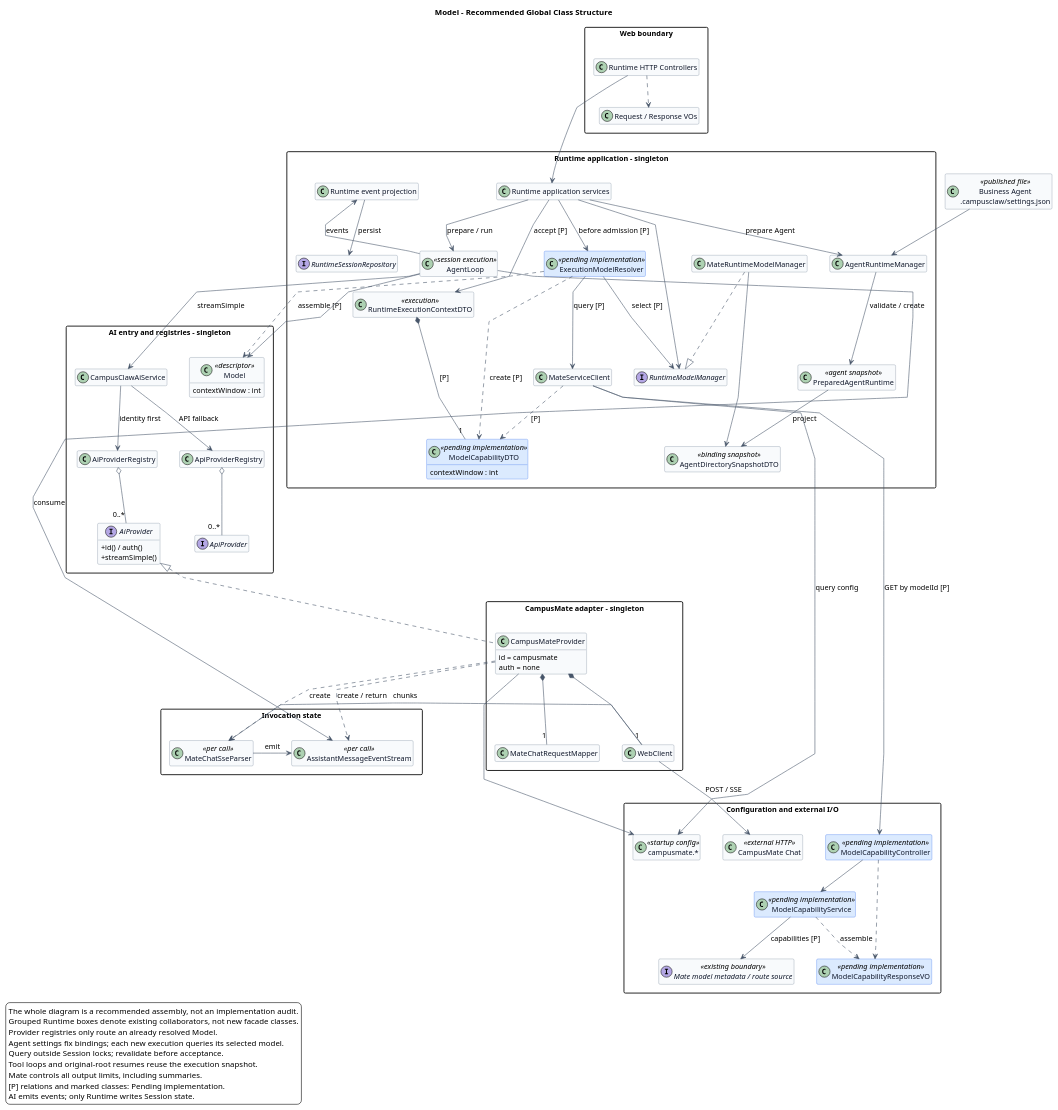
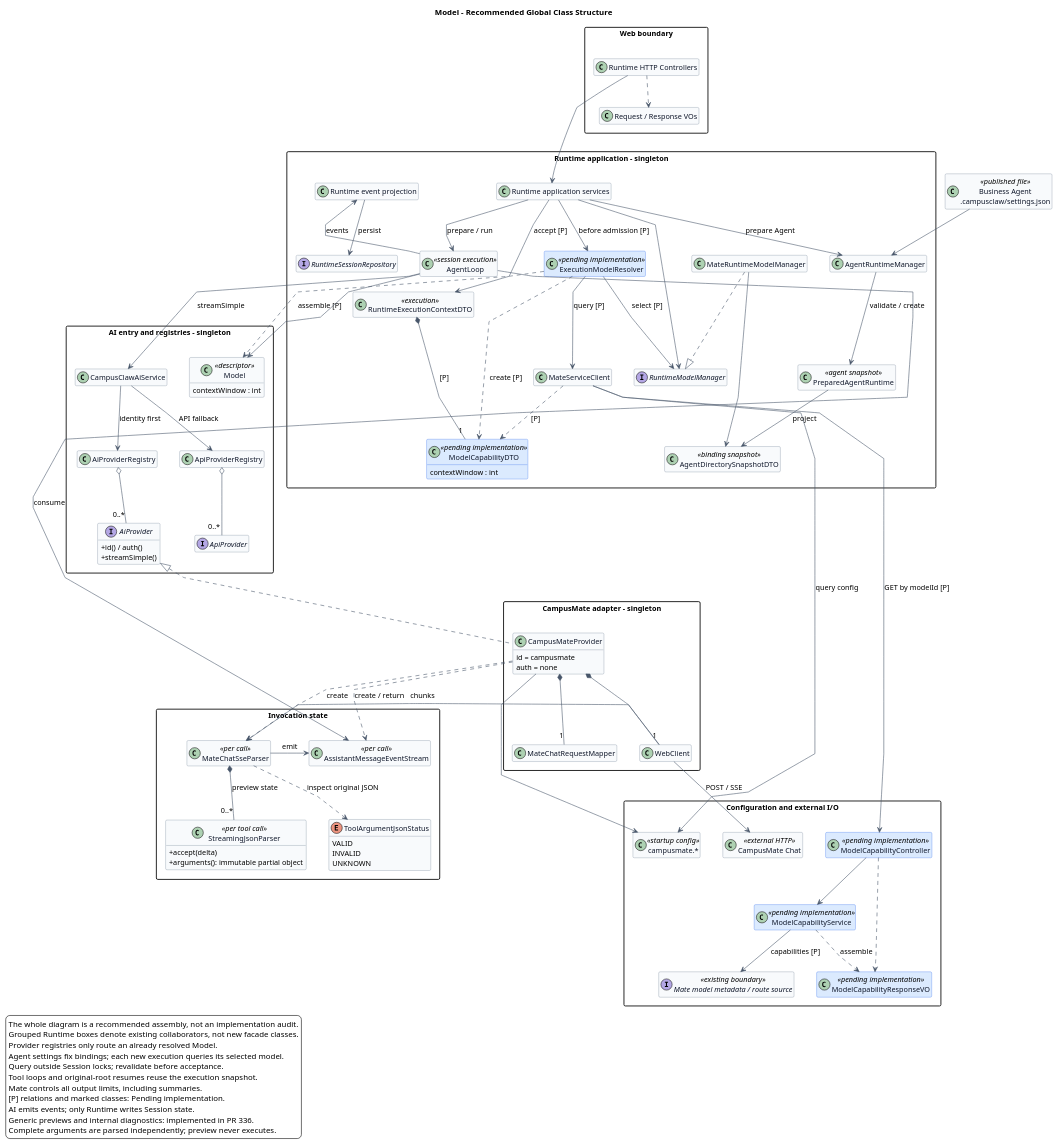
One commit to ssm0808/pi-mono-java-design changed the first of 3 diagrams in 02-服务与接口/03-Model/diagram.puml. Above: the diagram before and after it, drawn with PlantUML. The commit also changed 22 other files, not shown here.

```diff
--- a/02-服务与接口/03-Model/diagram.puml
+++ b/02-服务与接口/03-Model/diagram.puml
@@ -1,166 +1,185 @@
 @startuml model-classes
 ' Baseline: pi-mono 16235fd93521f9f96164f5891beea62e6bea5b18
 ' Source evidence: packages/ai/src/models.ts: ModelsImpl, createProvider
 ' Source evidence: packages/coding-agent/src/core/model-runtime.ts: ModelRuntime.create, rebuildProviders
 ' Baseline: pi-mono-java 21c3f59be033e7bdd5506a2d9d48baa2581bc3c7
 ' Source evidence: modules/ai/src/main/java/com/campusclaw/ai/CampusClawAiService.java: streamSimple, resolveManagedProvider, resolveProvider
 ' Source evidence: modules/ai/src/main/java/com/campusclaw/ai/provider/AiProviderRegistry.java: getProvider
 ' Source evidence: modules/ai/src/main/java/com/campusclaw/ai/provider/ApiProviderRegistry.java: register, getProvider, unregister
 ' Source evidence: modules/ai/src/main/java/com/campusclaw/ai/provider/mate/CampusMateProvider.java: streamSimple, subscribe
 ' Source evidence: modules/coding-agent-cli/src/main/java/com/campusclaw/codingagent/runtime/AgentRuntimeManager.java: loadSnapshot, validSettings
 ' Source evidence: modules/coding-agent-cli/src/main/java/com/campusclaw/codingagent/runtimeapi/agent/AgentDirectorySnapshots.java: from
 ' Source evidence: modules/coding-agent-cli/src/main/java/com/campusclaw/codingagent/runtimeapi/model/MateRuntimeModelManager.java: resolveModel, listAvailableModels
 ' Source evidence: modules/coding-agent-cli/src/main/java/com/campusclaw/codingagent/runtimeapi/session/RuntimeSessionService.java: create
 ' Observed behavior: identity dispatch precedes API dispatch; Mate owns an independent WebClient path.
 ' Product constraint: Agent bindings authorize models; Mate supplies per-model token capabilities.
 ' Capability evidence: pi-mono main 36b60d2e8985899743c4cf5bd5f8929832a3f05d
 ' Source evidence: packages/coding-agent/src/core/provider-composer.ts: modelFromJson
 ' Mate baseline: 4b957a3a846659f5b7569c9d6133abc070cd2e3c
 ' Source evidence: src/main/java/com/huawei/hicampus/mate/agentdefinition/modelmanager/config/ModelManagerProperties.java: ModelRoute
 ' Pending implementation: per-execution capability query and Mate-owned output limits.
 ' Design reason: query outside locks, then revalidate bindings and Session version at admission.
 ' Architecture change: provider registries route calls but do not discover or authorize models.
 ' Pending implementation: remove ModelRegistry, external model JSON, and the alternate catalog manager.
 ' Design reason: request state stays per invocation; AI does not depend on Runtime persistence.
+
+' Preview scope: Java a1e6450427abeabaa1af04d5964f371dbbf4cf68 (PR 336); pi main f1b2e77f5b13b2a199b1052cb79c235451afe7d7.
+' Source: modules/ai/src/main/java/com/campusclaw/ai/util/StreamingJsonParser.java :: accept, arguments.
+' Source: modules/ai/src/main/java/com/campusclaw/ai/provider/mate/MateChatSseParser.java :: appendToolCall, finishTools, inspectArgumentJson.
+' Source: packages/ai/src/utils/json-parse.ts :: parseStreamingJson.
+' Java divergence: immutable partial snapshots; independent complete parsing; no repaired execution arguments.
 
 skinparam backgroundColor white
 skinparam shadowing false
 skinparam defaultFontName Arial
 skinparam defaultFontSize 13
 skinparam ArrowColor #475569
 title Model - Recommended Global Class Structure
 top to bottom direction
 skinparam classAttributeIconSize 0
 hide empty members
 skinparam packageStyle rectangle
 skinparam nodesep 40
 skinparam ranksep 55
 skinparam linetype polyline
 skinparam class {
   BackgroundColor #F8FAFC
   BorderColor #64748B
   FontColor #0F172A
   BackgroundColor<<pending implementation>> #DBEAFE
   BorderColor<<pending implementation>> #2563EB
 }
 
 class "Business Agent\n.campusclaw/settings.json" as AgentSettings <<published file>>
 package "Web boundary" as Web {
   class "Runtime HTTP Controllers" as Controllers
   class "Request / Response VOs" as VOs
 }
 package "Runtime application - singleton" as Runtime {
   class "Runtime application services" as Services
   class AgentRuntimeManager
   class MateServiceClient
   class ExecutionModelResolver <<pending implementation>>
   class RuntimeExecutionContextDTO <<execution>>
   class ModelCapabilityDTO <<pending implementation>> {
     contextWindow : int
   }
   class PreparedAgentRuntime <<agent snapshot>>
   interface RuntimeModelManager
   class MateRuntimeModelManager
   class AgentDirectorySnapshotDTO <<binding snapshot>>
 
   class AgentLoop <<session execution>>
   class "Runtime event projection" as Projection
   interface RuntimeSessionRepository
 }
 package "AI entry and registries - singleton" as AI {
   class CampusClawAiService
   class AiProviderRegistry
   interface AiProvider {
     +id() / auth()
     +streamSimple()
   }
   class ApiProviderRegistry
   interface ApiProvider
   class Model <<descriptor>> {
     contextWindow : int
   }
 }
 package "CampusMate adapter - singleton" as Adapter {
   class CampusMateProvider {
     id = campusmate
     auth = none
   }
   class MateChatRequestMapper
   class WebClient
 }
 package "Invocation state" as Call {
   class MateChatSseParser <<per call>>
   class AssistantMessageEventStream <<per call>>
+  class StreamingJsonParser <<per tool call>> {
+    +accept(delta)
+    +arguments(): immutable partial object
+  }
+  enum ToolArgumentJsonStatus {
+    VALID
+    INVALID
+    UNKNOWN
+  }
 }
 package "Configuration and external I/O" as IO {
   class "campusmate.*" as Config <<startup config>>
   class "CampusMate Chat" as Chat <<external HTTP>>
   class ModelCapabilityController <<pending implementation>>
   class ModelCapabilityService <<pending implementation>>
   class ModelCapabilityResponseVO <<pending implementation>>
   interface "Mate model metadata / route source" as Metadata <<existing boundary>>
 }
 
 Controllers -down-> Services
 Controllers ..> VOs
 Services --> AgentRuntimeManager : prepare Agent
 AgentSettings -down-> AgentRuntimeManager
 Services --> ExecutionModelResolver : before admission [P]
 ExecutionModelResolver --> MateServiceClient : query [P]
 Services --> RuntimeExecutionContextDTO : accept [P]
 MateServiceClient --> Config : query config
 MateServiceClient --> ModelCapabilityController : GET by modelId [P]
 ModelCapabilityController --> ModelCapabilityService
 ModelCapabilityController ..> ModelCapabilityResponseVO
 ModelCapabilityService --> Metadata : capabilities [P]
 ModelCapabilityService ..> ModelCapabilityResponseVO : assemble
 MateServiceClient ..> ModelCapabilityDTO : [P]
 RuntimeExecutionContextDTO *-- "1" ModelCapabilityDTO : [P]
 ExecutionModelResolver ..> ModelCapabilityDTO : create [P]
 ExecutionModelResolver ..> Model : assemble [P]
 AgentRuntimeManager --> PreparedAgentRuntime : validate / create
 PreparedAgentRuntime --> AgentDirectorySnapshotDTO : project
 Services --> RuntimeModelManager
 MateRuntimeModelManager ..|> RuntimeModelManager
 MateRuntimeModelManager --> AgentDirectorySnapshotDTO
 ExecutionModelResolver --> RuntimeModelManager : select [P]
 Services -down-> AgentLoop : prepare / run
 AgentLoop -[norank]-> Model
 AgentLoop -[norank]-> Projection : events
 Projection --> RuntimeSessionRepository : persist
 
 AgentLoop -down-> CampusClawAiService : streamSimple
 CampusClawAiService -down-> AiProviderRegistry : identity first
 AiProviderRegistry o-- "0..*" AiProvider
 CampusClawAiService -down-> ApiProviderRegistry : API fallback
 ApiProviderRegistry o-- "0..*" ApiProvider
 CampusMateProvider .up.|> AiProvider
 CampusMateProvider *-- "1" MateChatRequestMapper
 CampusMateProvider *-- "1" WebClient
 CampusMateProvider --> Config
 CampusMateProvider ..> MateChatSseParser : create
 CampusMateProvider ..> AssistantMessageEventStream : create / return
+MateChatSseParser *-- "0..*" StreamingJsonParser : preview state
+MateChatSseParser ..> ToolArgumentJsonStatus : inspect original JSON
 MateChatSseParser --> AssistantMessageEventStream : emit
 AgentLoop -[norank]-> AssistantMessageEventStream : consume
 WebClient --> Chat : POST / SSE
 WebClient -[norank]-> MateChatSseParser : chunks
 
 Controllers -[hidden]down-> Services
 VOs -[hidden]down-> Services
 Services -[hidden]down-> CampusClawAiService
 CampusClawAiService -[hidden]down-> CampusMateProvider
 MateChatRequestMapper -[hidden]right-> WebClient
 MateChatSseParser -[hidden]right-> AssistantMessageEventStream
 
 legend bottom left
 The whole diagram is a recommended assembly, not an implementation audit.
 Grouped Runtime boxes denote existing collaborators, not new facade classes.
 Provider registries only route an already resolved Model.
 Agent settings fix bindings; each new execution queries its selected model.
 Query outside Session locks; revalidate before acceptance.
 Tool loops and original-root resumes reuse the execution snapshot.
 Mate controls all output limits, including summaries.
 [P] relations and marked classes: Pending implementation.
 AI emits events; only Runtime writes Session state.
+Generic previews and internal diagnostics: implemented in PR 336.
+Complete arguments are parsed independently; preview never executes.
 endlegend
 @enduml
```
